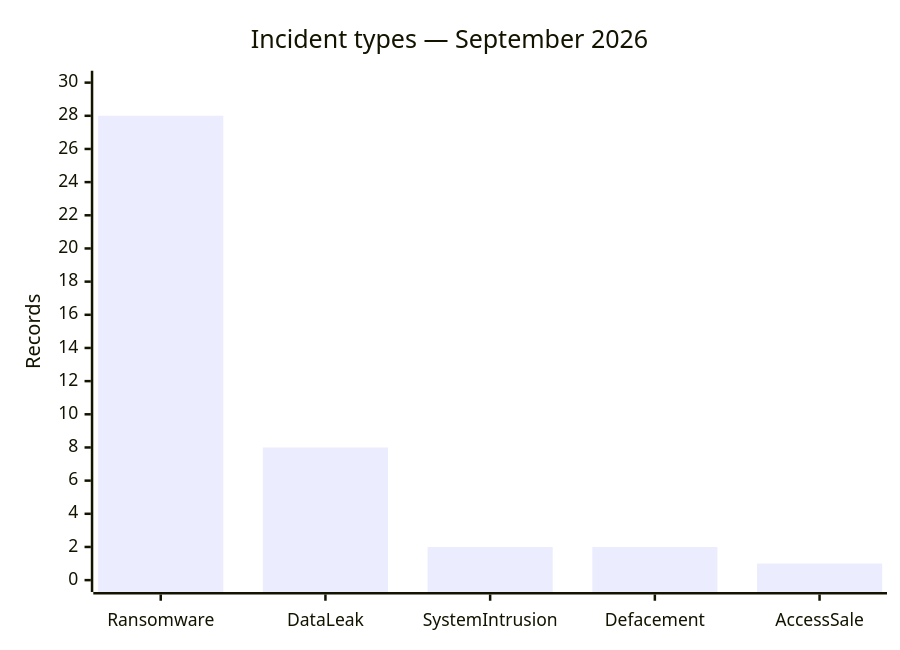
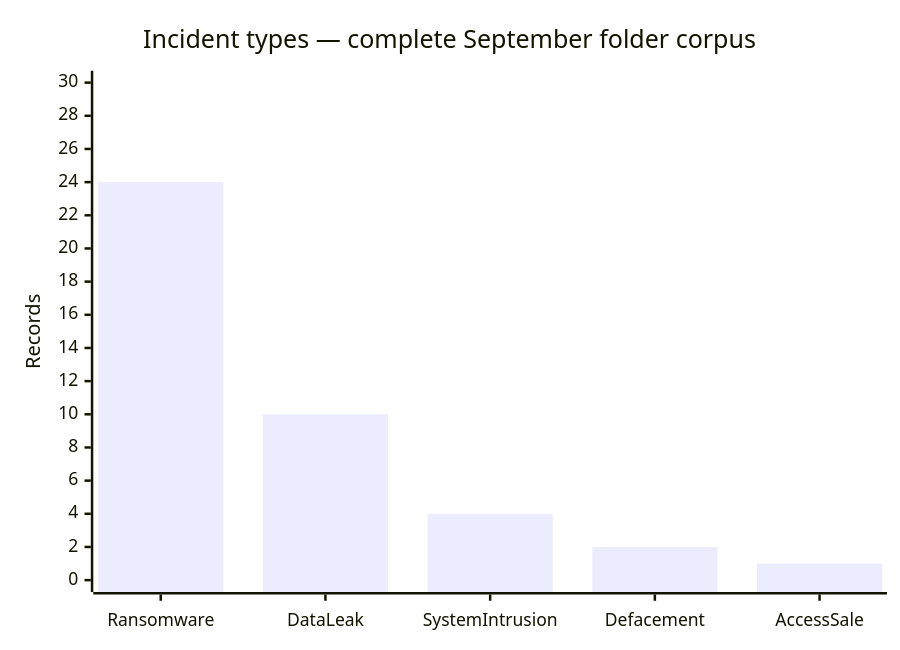
Before and after one commit to Hatchepsoute/AFRINTEL: the third of 10 diagrams in CyberAttackAfrica/2026/09-september/README.md, drawn with Mermaid. The commit also changed other lines of this file and 30 other files, not shown here.

````diff
--- a/CyberAttackAfrica/2026/09-september/README.md
+++ b/CyberAttackAfrica/2026/09-september/README.md
@@ -73,7 +101,7 @@
 ```mermaid
 xychart-beta
-    title "Incident types — September 2026"
+    title "Incident types — complete September folder corpus"
     x-axis [Ransomware, DataLeak, SystemIntrusion, Defacement, AccessSale]
     y-axis "Records" 0 --> 30
-    bar [28, 8, 2, 2, 1]
+    bar [24, 10, 4, 2, 1]
 ```
````
